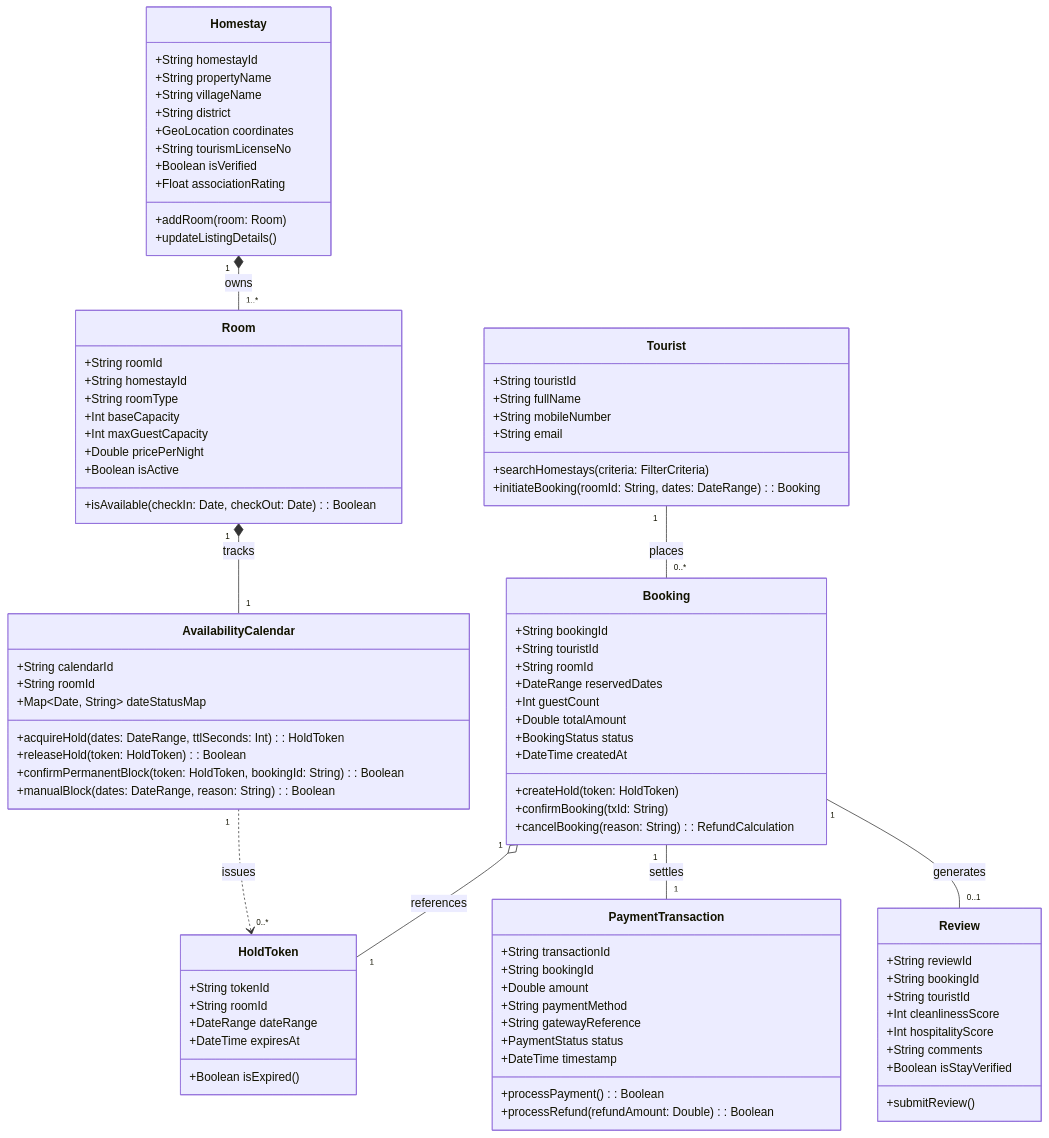
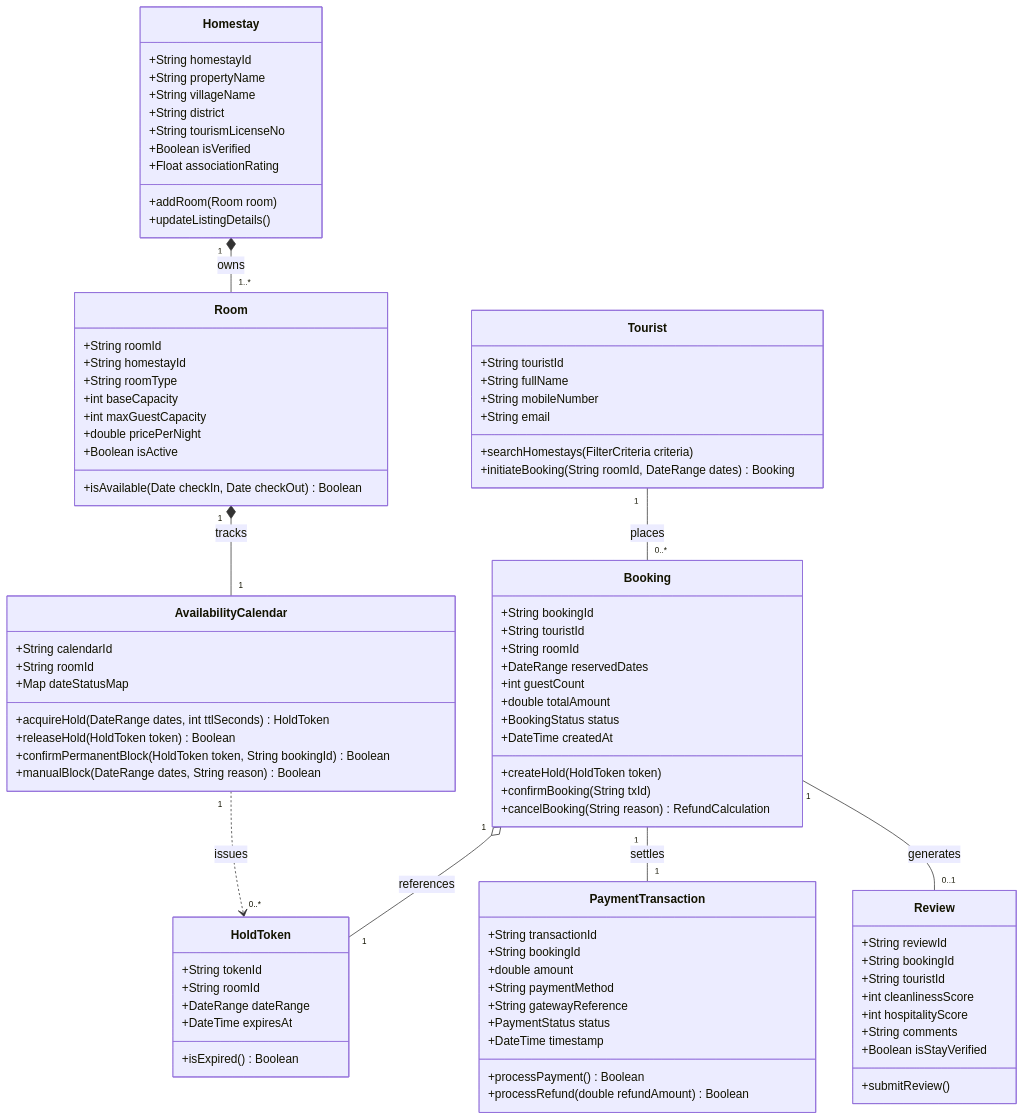
The third of 6 diagrams in docs/02_UML_Design_Package.md (MSB-io/HomeStay), drawn with Mermaid before and after one commit. The commit also changed other lines of this file and 3 other files, not shown here.

Commit message:
Fix: ensure 100% compliant Mermaid diagram syntax and universal rendering

```diff
--- a/docs/02_UML_Design_Package.md
+++ b/docs/02_UML_Design_Package.md
@@ -102,11 +104,10 @@
         +String propertyName
         +String villageName
         +String district
-        +GeoLocation coordinates
         +String tourismLicenseNo
         +Boolean isVerified
         +Float associationRating
-        +addRoom(room: Room)
+        +addRoom(Room room)
         +updateListingDetails()
     }
 
@@ -114,21 +115,21 @@
         +String roomId
         +String homestayId
         +String roomType
-        +Int baseCapacity
-        +Int maxGuestCapacity
-        +Double pricePerNight
+        +int baseCapacity
+        +int maxGuestCapacity
+        +double pricePerNight
         +Boolean isActive
-        +isAvailable(checkIn: Date, checkOut: Date): Boolean
+        +isAvailable(Date checkIn, Date checkOut) Boolean
     }
 
     class AvailabilityCalendar {
         +String calendarId
         +String roomId
-        +Map~Date, String~ dateStatusMap
-        +acquireHold(dates: DateRange, ttlSeconds: Int): HoldToken
-        +releaseHold(token: HoldToken): Boolean
-        +confirmPermanentBlock(token: HoldToken, bookingId: String): Boolean
-        +manualBlock(dates: DateRange, reason: String): Boolean
+        +Map dateStatusMap
+        +acquireHold(DateRange dates, int ttlSeconds) HoldToken
+        +releaseHold(HoldToken token) Boolean
+        +confirmPermanentBlock(HoldToken token, String bookingId) Boolean
+        +manualBlock(DateRange dates, String reason) Boolean
     }
 
     class HoldToken {
@@ -136,7 +137,7 @@
         +String roomId
         +DateRange dateRange
         +DateTime expiresAt
-        +Boolean isExpired()
+        +isExpired() Boolean
     }
 
     class Booking {
@@ -144,25 +145,25 @@
         +String touristId
         +String roomId
         +DateRange reservedDates
-        +Int guestCount
-        +Double totalAmount
+        +int guestCount
+        +double totalAmount
         +BookingStatus status
         +DateTime createdAt
-        +createHold(token: HoldToken)
-        +confirmBooking(txId: String)
-        +cancelBooking(reason: String): RefundCalculation
+        +createHold(HoldToken token)
+        +confirmBooking(String txId)
+        +cancelBooking(String reason) RefundCalculation
     }
 
     class PaymentTransaction {
         +String transactionId
         +String bookingId
-        +Double amount
+        +double amount
         +String paymentMethod
         +String gatewayReference
         +PaymentStatus status
         +DateTime timestamp
-        +processPayment(): Boolean
-        +processRefund(refundAmount: Double): Boolean
+        +processPayment() Boolean
+        +processRefund(double refundAmount) Boolean
     }
 
     class Tourist {
@@ -170,16 +171,16 @@
         +String fullName
         +String mobileNumber
         +String email
-        +searchHomestays(criteria: FilterCriteria)
-        +initiateBooking(roomId: String, dates: DateRange): Booking
+        +searchHomestays(FilterCriteria criteria)
+        +initiateBooking(String roomId, DateRange dates) Booking
     }
 
     class Review {
         +String reviewId
         +String bookingId
         +String touristId
-        +Int cleanlinessScore
-        +Int hospitalityScore
+        +int cleanlinessScore
+        +int hospitalityScore
         +String comments
         +Boolean isStayVerified
         +submitReview()
```
